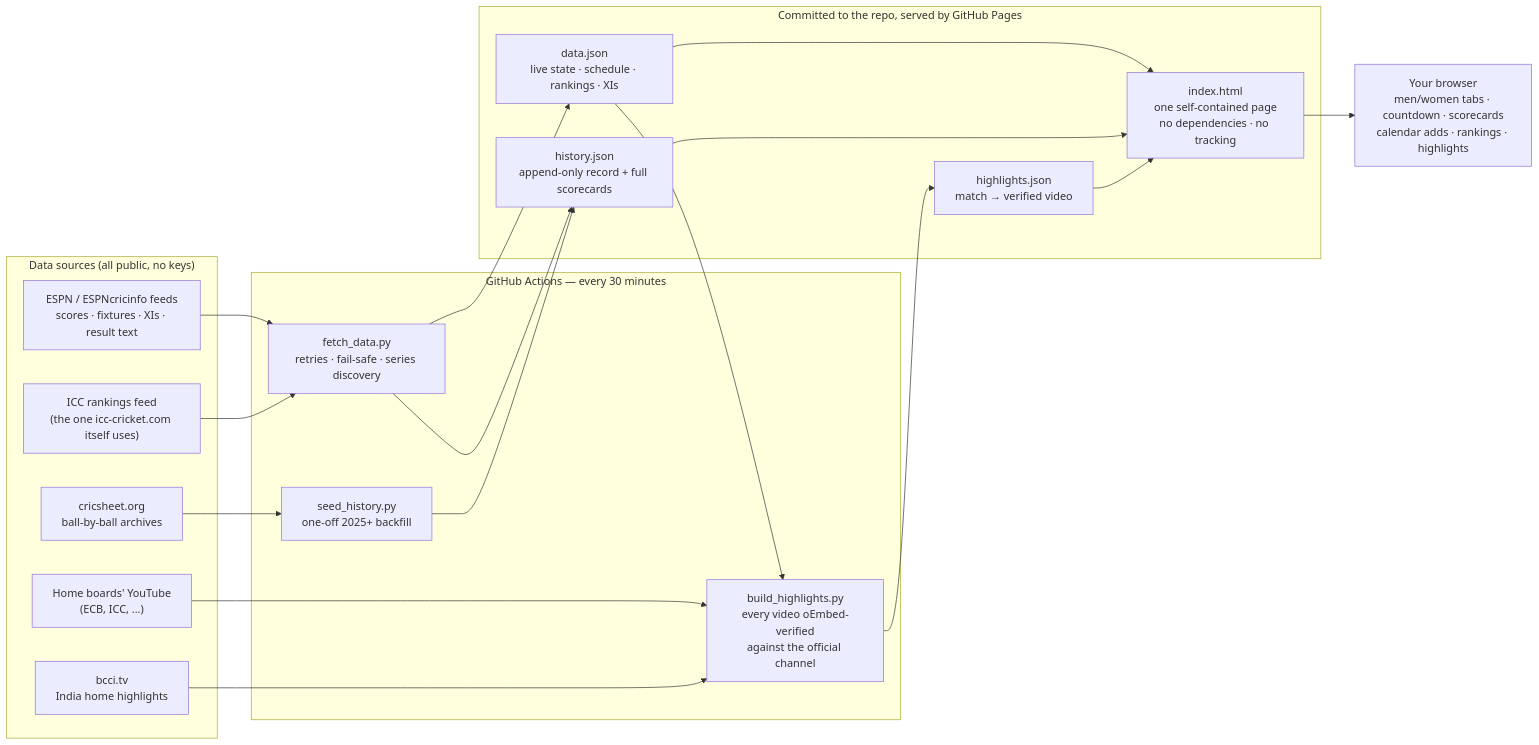
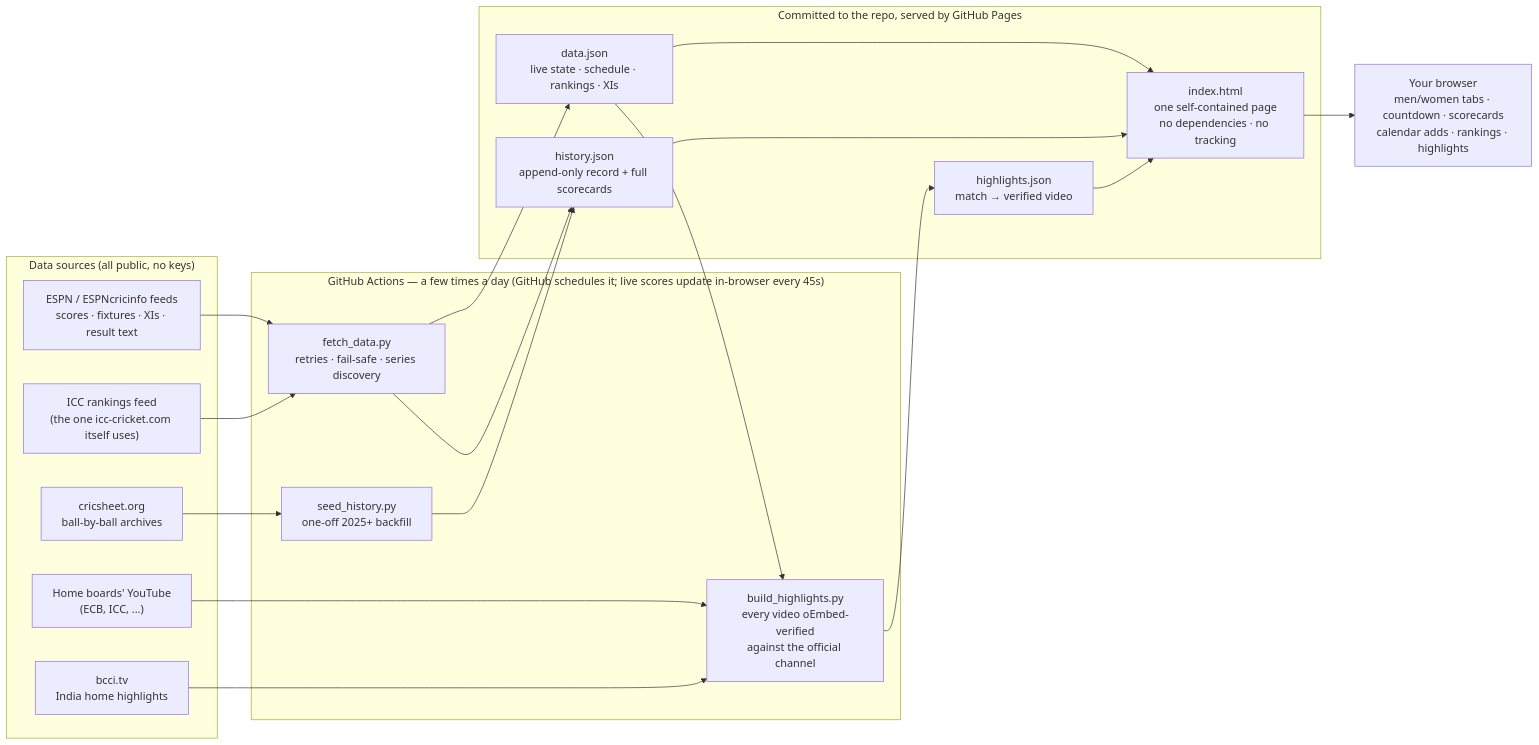
One commit to danpune/india-cricket-tracker changed the diagram in README.md. Above: the diagram before and after it, drawn with Mermaid. The commit also changed other lines of this file and 6 other files, not shown here.

````diff
--- a/README.md
+++ b/README.md
@@ -53,38 +52,38 @@
 ```mermaid
 flowchart LR
     subgraph SRC["Data sources (all public, no keys)"]
         ESPN["ESPN / ESPNcricinfo feeds<br/>scores · fixtures · XIs · result text"]
         ICC["ICC rankings feed<br/>(the one icc-cricket.com itself uses)"]
         CS["cricsheet.org<br/>ball-by-ball archives"]
         YT["Home boards' YouTube<br/>(ECB, ICC, ...)"]
         BCCI["bcci.tv<br/>India home highlights"]
     end
 
-    subgraph CI["GitHub Actions — every 30 minutes"]
+    subgraph CI["GitHub Actions — a few times a day (GitHub schedules it; live scores update in-browser every 45s)"]
         FD["fetch_data.py<br/>retries · fail-safe · series discovery"]
         BH["build_highlights.py<br/>every video oEmbed-verified<br/>against the official channel"]
         SH["seed_history.py<br/>one-off 2025+ backfill"]
     end
 
     subgraph OUT["Committed to the repo, served by GitHub Pages"]
         DJ["data.json<br/>live state · schedule · rankings · XIs"]
         HJ["history.json<br/>append-only record + full scorecards"]
         LJ["highlights.json<br/>match → verified video"]
         IX["index.html<br/>one self-contained page<br/>no dependencies · no tracking"]
     end
 
     ESPN --> FD
     ICC --> FD
     CS --> SH
     YT --> BH
     BCCI --> BH
     FD --> DJ
     FD --> HJ
     SH --> HJ
     DJ --> BH
     BH --> LJ
     DJ --> IX
     HJ --> IX
     LJ --> IX
     IX --> B["Your browser<br/>men/women tabs · countdown · scorecards<br/>calendar adds · rankings · highlights"]
 ```
````
